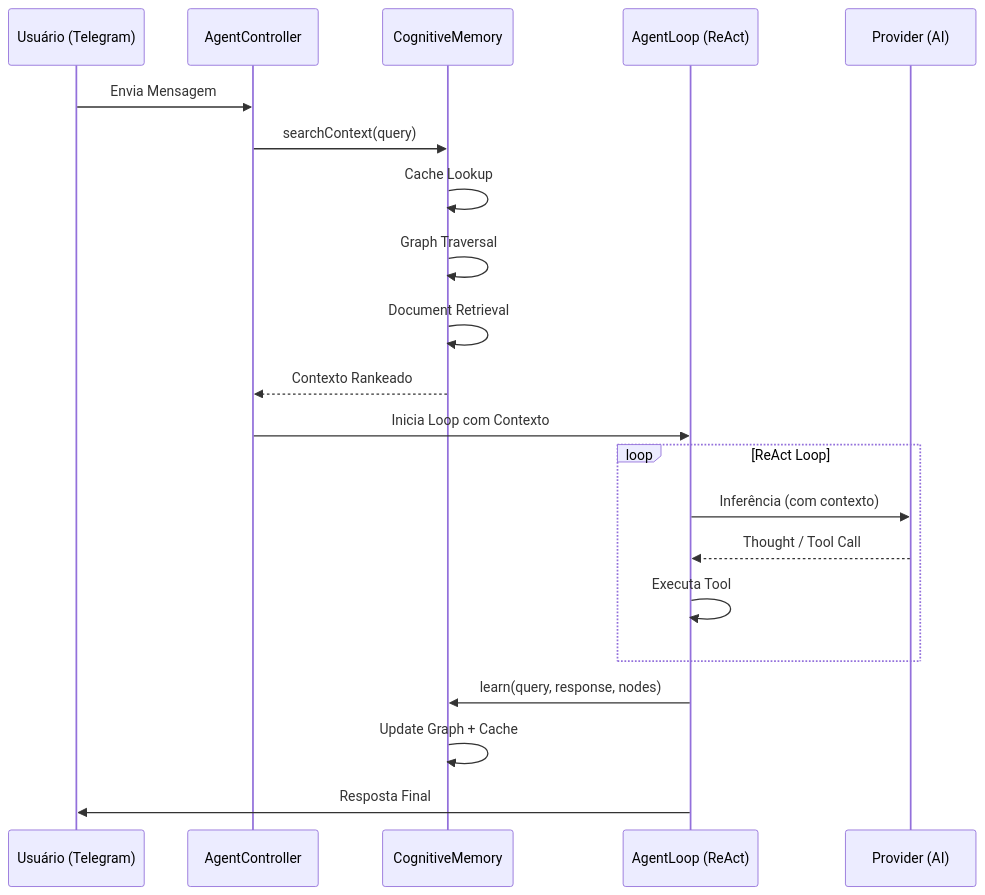
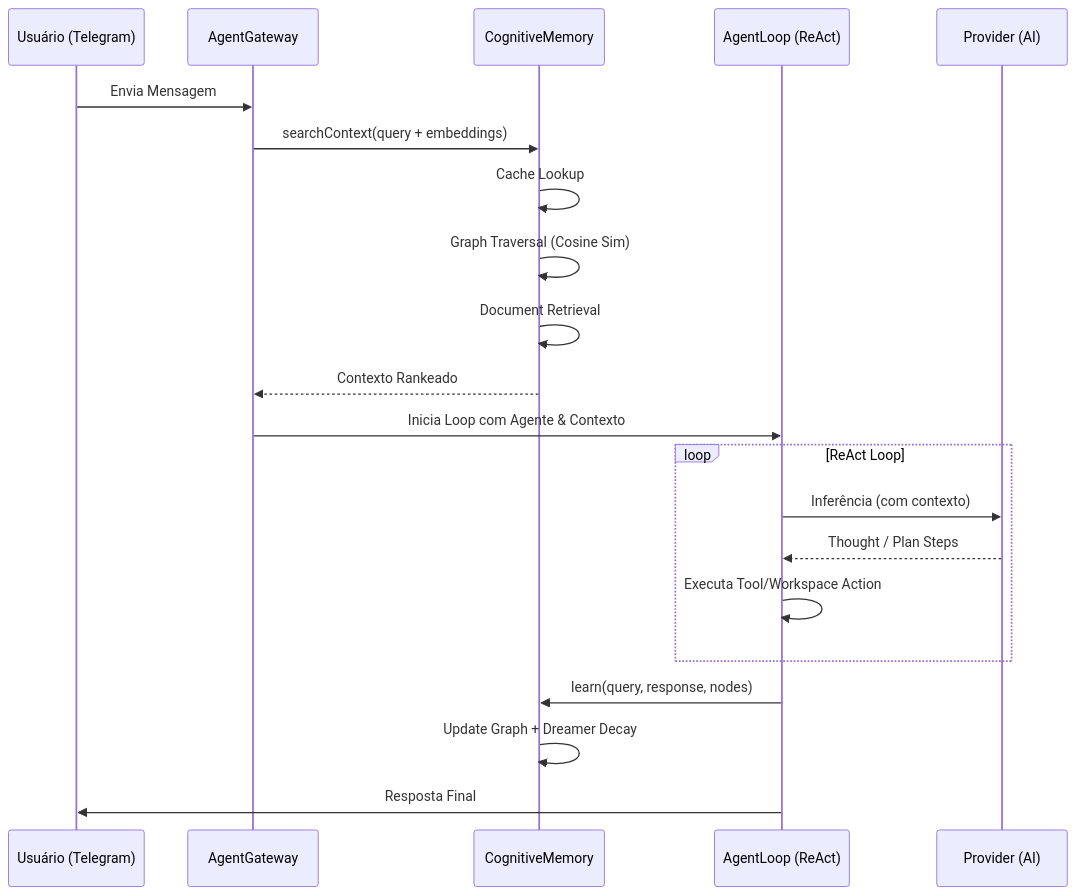
One commit to rovanni/IalClaw changed the fourth of 4 diagrams in specs/architecture.md. Above: the diagram before and after it, drawn with Mermaid. The commit also changed other lines of this file and 7 other files, not shown here.

Commit message:
feat: Introduce detailed specifications for IalClaw v3.0 cognitive architecture, agent loop, memory, and related components.

````diff
--- a/specs/architecture.md
+++ b/specs/architecture.md
@@ -114,30 +373,30 @@
 ```mermaid
 sequenceDiagram
 
     participant U as Usuário (Telegram)
-    participant C as AgentController
+    participant G as AgentGateway
     participant M as CognitiveMemory
     participant L as AgentLoop (ReAct)
     participant LLM as Provider (AI)
 
-    U->>C: Envia Mensagem
-    C->>M: searchContext(query)
+    U->>G: Envia Mensagem
+    G->>M: searchContext(query + embeddings)
 
     M->>M: Cache Lookup
-    M->>M: Graph Traversal
+    M->>M: Graph Traversal (Cosine Sim)
     M->>M: Document Retrieval
-    M-->>C: Contexto Rankeado
+    M-->>G: Contexto Rankeado
 
-    C->>L: Inicia Loop com Contexto
+    G->>L: Inicia Loop com Agente & Contexto
 
     loop ReAct Loop
         L->>LLM: Inferência (com contexto)
-        LLM-->>L: Thought / Tool Call
-        L->>L: Executa Tool
+        LLM-->>L: Thought / Plan Steps
+        L->>L: Executa Tool/Workspace Action
     end
 
     L->>M: learn(query, response, nodes)
-    M->>M: Update Graph + Cache
+    M->>M: Update Graph + Dreamer Decay
 
     L->>U: Resposta Final
 ```
````
